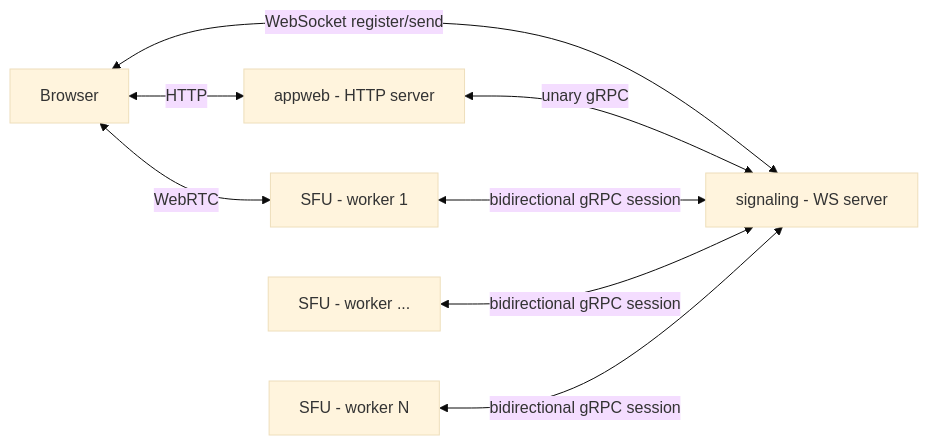
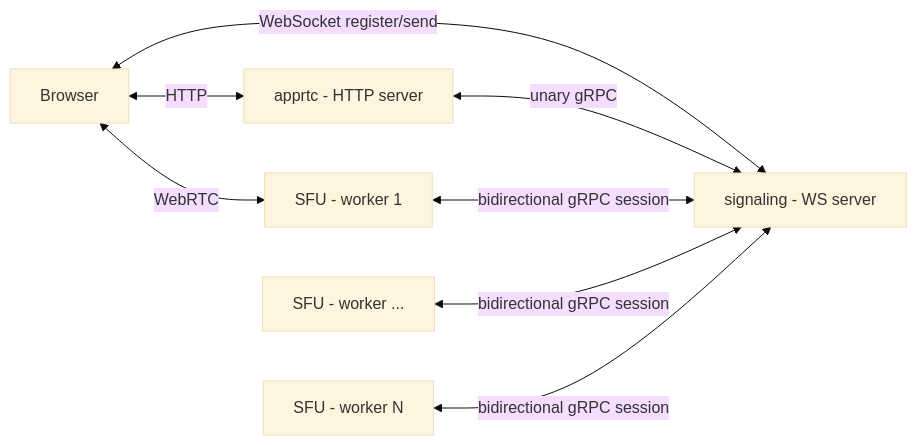
The first of 3 diagrams in docs/design/apprtc-signaling-architecture-design.md (webrtc-rs/apprtc), drawn with Mermaid (base theme) before and after one commit. The commit also changed other lines of this file and 10 other files, not shown here.

````diff
--- a/docs/design/apprtc-signaling-architecture-design.md
+++ b/docs/design/apprtc-signaling-architecture-design.md
@@ -27,10 +27,10 @@
 ```mermaid
 flowchart LR
-    B[Browser] <-- HTTP --> A[appweb - HTTP server]
+    B[Browser] <-- HTTP --> A[apprtc - HTTP server]
     B <-- WebSocket register/send --> S[signaling - WS server]
     A <-- unary gRPC --> S
     F1[SFU - worker 1] <-- bidirectional gRPC session --> S
     FK[SFU - worker ...] <-- bidirectional gRPC session --> S
     FN[SFU - worker N] <-- bidirectional gRPC session --> S
     B <-- WebRTC --> F1
 ```
````
